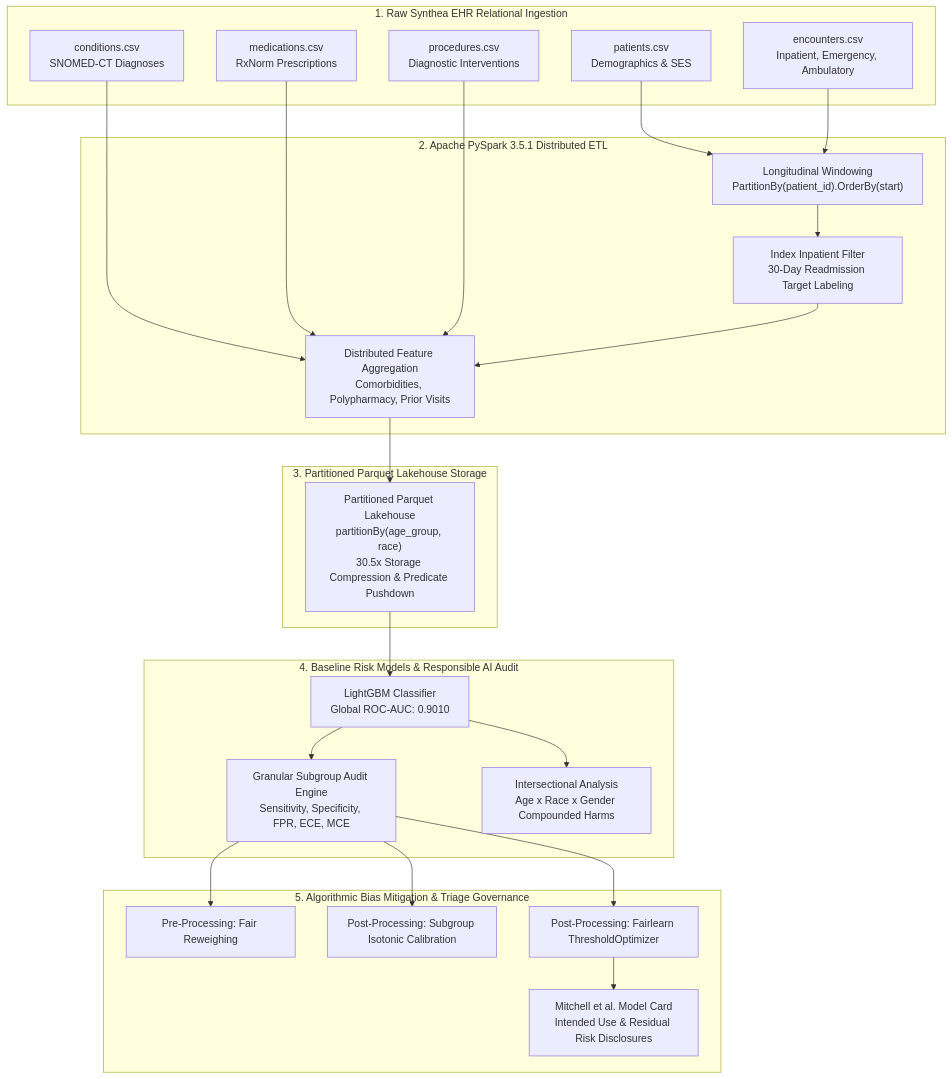
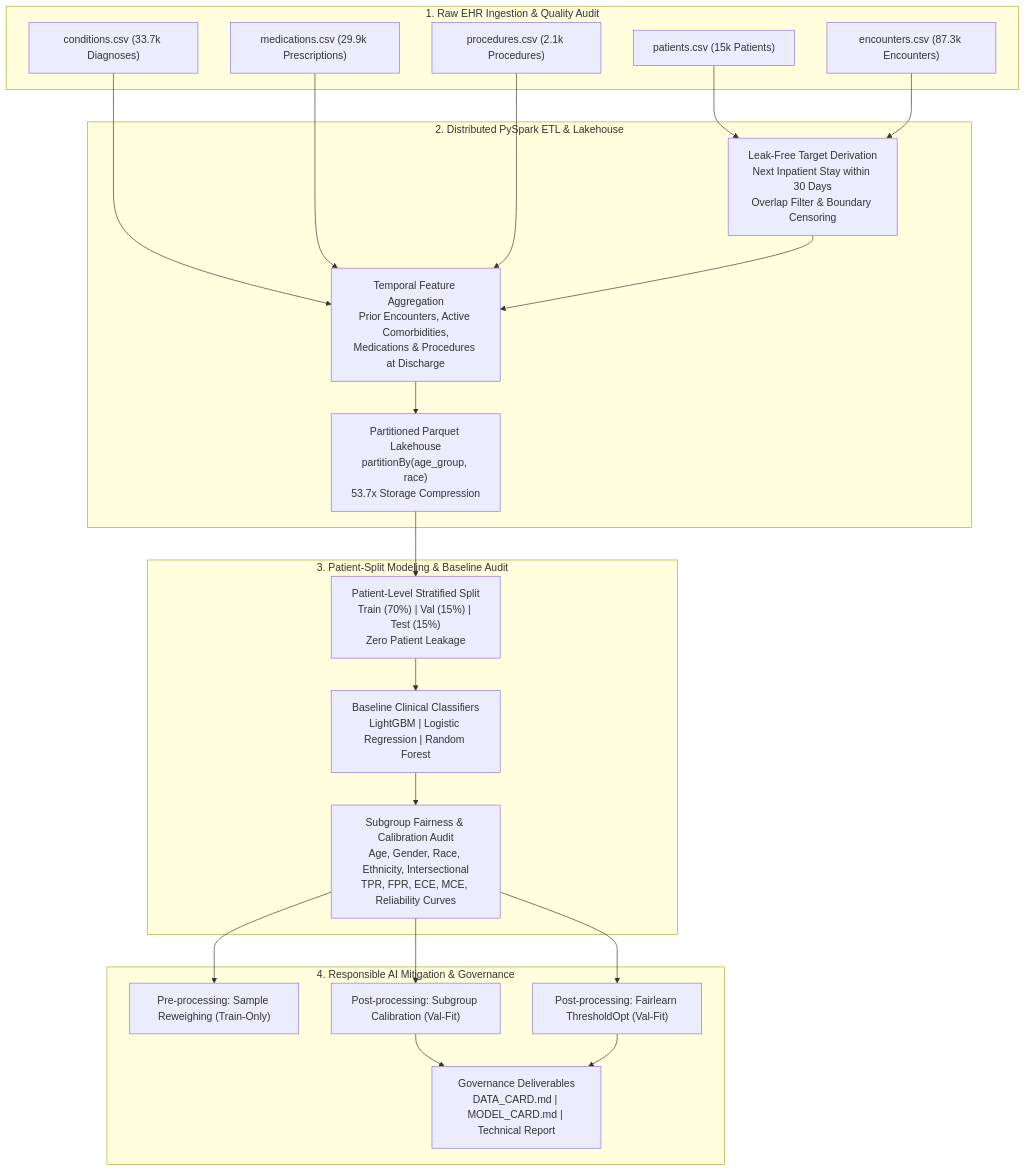
The diagram in README.md (AnkitUmadi/Big-D), drawn with Mermaid before and after one commit. The commit also changed other lines of this file and 218 other files, not shown here.

Commit message:
Complete healthcare readmission fairness pipeline

````diff
--- a/README.md
+++ b/README.md
@@ -34,49 +34,45 @@
 ```mermaid
 flowchart TD
-    subgraph S1["1. Raw Synthea EHR Relational Ingestion"]
-        P["patients.csv<br/>Demographics & SES"]
-        E["encounters.csv<br/>Inpatient, Emergency, Ambulatory"]
-        C["conditions.csv<br/>SNOMED-CT Diagnoses"]
-        M["medications.csv<br/>RxNorm Prescriptions"]
-        PR["procedures.csv<br/>Diagnostic Interventions"]
+    subgraph S1["1. Raw EHR Ingestion & Quality Audit"]
+        P["patients.csv (15k Patients)"]
+        E["encounters.csv (87.3k Encounters)"]
+        C["conditions.csv (33.7k Diagnoses)"]
+        M["medications.csv (29.9k Prescriptions)"]
+        PR["procedures.csv (2.1k Procedures)"]
     end
 
-    subgraph S2["2. Apache PySpark 3.5.1 Distributed ETL"]
-        W["Longitudinal Windowing<br/>PartitionBy(patient_id).OrderBy(start)"]
-        IDX["Index Inpatient Filter<br/>30-Day Readmission Target Labeling"]
-        FEAT["Distributed Feature Aggregation<br/>Comorbidities, Polypharmacy, Prior Visits"]
+    subgraph S2["2. Distributed PySpark ETL & Lakehouse"]
+        TARGET["Leak-Free Target Derivation<br/>Next Inpatient Stay within 30 Days<br/>Overlap Filter & Boundary Censoring"]
+        FEAT["Temporal Feature Aggregation<br/>Prior Encounters, Active Comorbidities,<br/>Medications & Procedures at Discharge"]
+        LAKE["Partitioned Parquet Lakehouse<br/>partitionBy(age_group, race)<br/>53.7x Storage Compression"]
     end
 
-    subgraph S3["3. Partitioned Parquet Lakehouse Storage"]
-        LAKE["Partitioned Parquet Lakehouse<br/>partitionBy(age_group, race)<br/>30.5x Storage Compression & Predicate Pushdown"]
+    subgraph S3["3. Patient-Split Modeling & Baseline Audit"]
+        SPLIT["Patient-Level Stratified Split<br/>Train (70%) | Val (15%) | Test (15%)<br/>Zero Patient Leakage"]
+        MODELS["Baseline Clinical Classifiers<br/>LightGBM | Logistic Regression | Random Forest"]
+        AUDIT["Subgroup Fairness & Calibration Audit<br/>Age, Gender, Race, Ethnicity, Intersectional<br/>TPR, FPR, ECE, MCE, Reliability Curves"]
     end
 
-    subgraph S4["4. Baseline Risk Models & Responsible AI Audit"]
-        LGB["LightGBM Classifier<br/>Global ROC-AUC: 0.9010"]
-        AUD["Granular Subgroup Audit Engine<br/>Sensitivity, Specificity, FPR, ECE, MCE"]
-        INT["Intersectional Analysis<br/>Age x Race x Gender Compounded Harms"]
+    subgraph S4["4. Responsible AI Mitigation & Governance"]
+        MIT1["Pre-processing: Sample Reweighing (Train-Only)"]
+        MIT2["Post-processing: Subgroup Calibration (Val-Fit)"]
+        MIT3["Post-processing: Fairlearn ThresholdOpt (Val-Fit)"]
+        CARDS["Governance Deliverables<br/>DATA_CARD.md | MODEL_CARD.md | Technical Report"]
     end
 
-    subgraph S5["5. Algorithmic Bias Mitigation & Triage Governance"]
-        MIT1["Pre-Processing: Fair Reweighing"]
-        MIT2["Post-Processing: Subgroup Isotonic Calibration"]
-        MIT3["Post-Processing: Fairlearn ThresholdOptimizer"]
-        MC["Mitchell et al. Model Card<br/>Intended Use & Residual Risk Disclosures"]
-    end
-
-    P --> W
-    E --> W
+    P --> TARGET
+    E --> TARGET
     C --> FEAT
     M --> FEAT
     PR --> FEAT
-    W --> IDX
-    IDX --> FEAT
+    TARGET --> FEAT
     FEAT --> LAKE
-    LAKE --> LGB
-    LGB --> AUD
-    LGB --> INT
-    AUD --> MIT1
-    AUD --> MIT2
-    AUD --> MIT3
-    MIT3 --> MC
+    LAKE --> SPLIT
+    SPLIT --> MODELS
+    MODELS --> AUDIT
+    AUDIT --> MIT1
+    AUDIT --> MIT2
+    AUDIT --> MIT3
+    MIT2 --> CARDS
+    MIT3 --> CARDS
 ```
````
